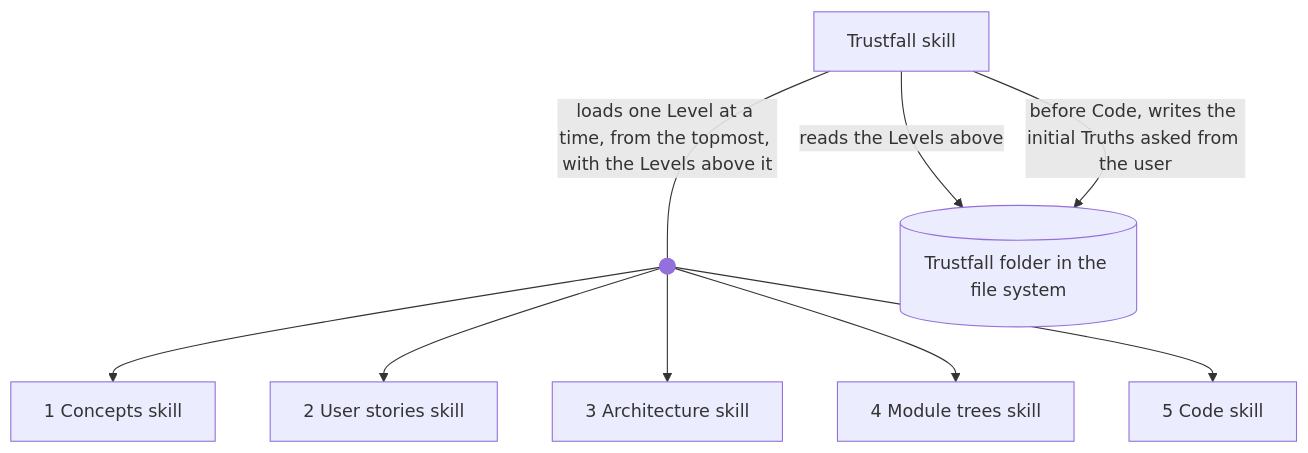
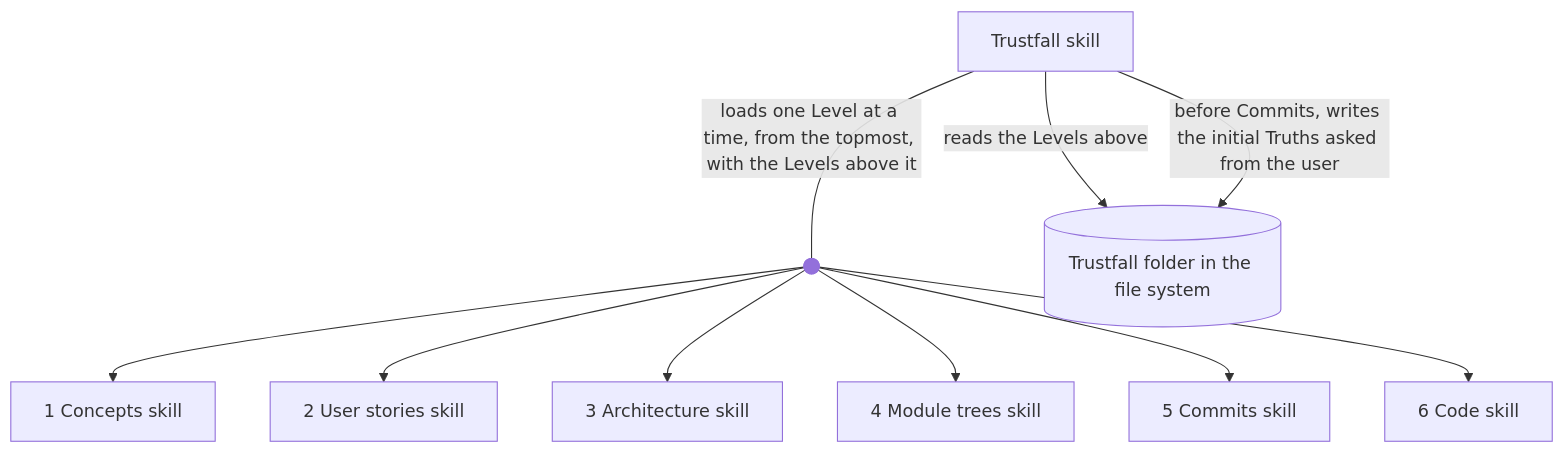
Before and after one commit to jehna/trustfall: the first of 4 diagrams in trustfall/3-architecture.md, drawn with Mermaid. The commit also changed other lines of this file and 12 other files, not shown here.

First line of the commit message:
Add Commits Level before Code

````diff
--- a/trustfall/3-architecture.md
+++ b/trustfall/3-architecture.md
@@ -5,15 +5,16 @@
 ```mermaid
 flowchart TD
   trustfall[Trustfall skill]
   load@{ shape: f-circ }
   concepts[1 Concepts skill]
   stories[2 User stories skill]
   architecture[3 Architecture skill]
   modules[4 Module trees skill]
-  code[5 Code skill]
+  commits[5 Commits skill]
+  code[6 Code skill]
   levels[(Trustfall folder in the file system)]
   trustfall -- loads one Level at a time, from the topmost, with the Levels above it --- load
-  load --> concepts & stories & architecture & modules & code
+  load --> concepts & stories & architecture & modules & commits & code
   trustfall -- reads the Levels above --> levels
-  trustfall -- before Code, writes the initial Truths asked from the user --> levels
+  trustfall -- before Commits, writes the initial Truths asked from the user --> levels
 ```
````
